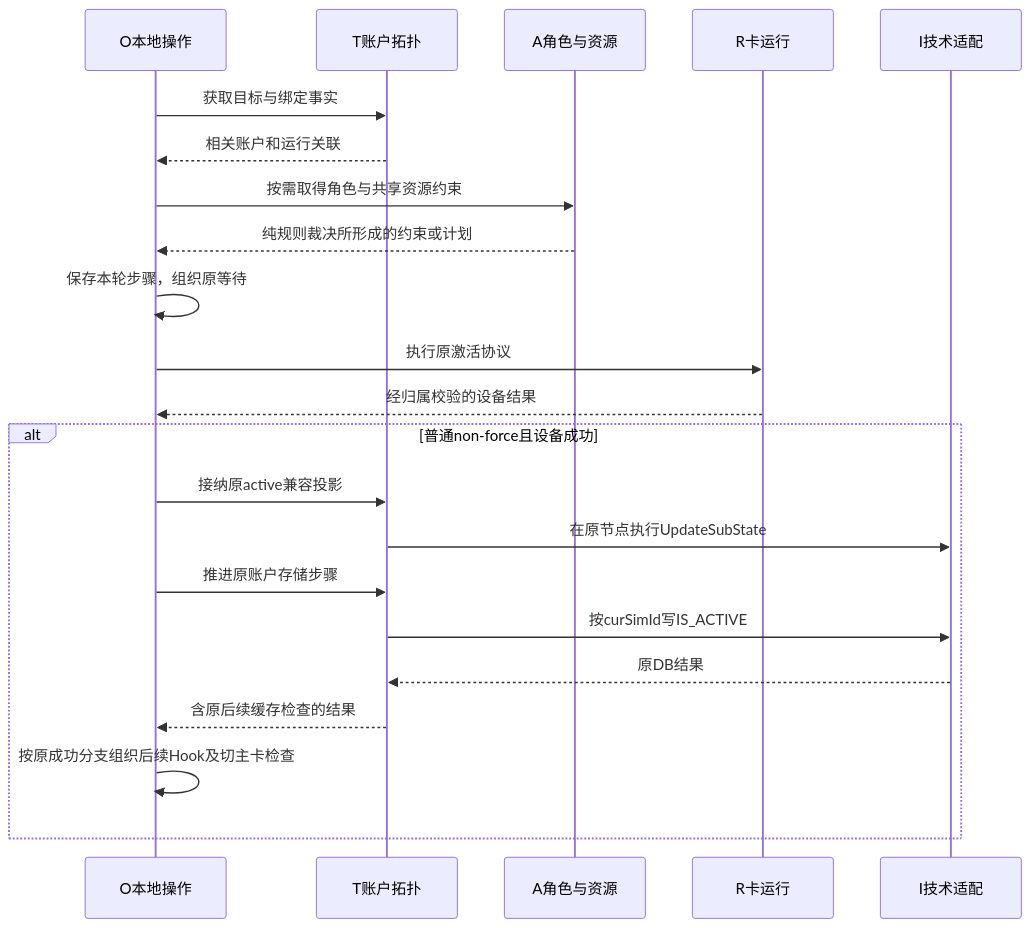
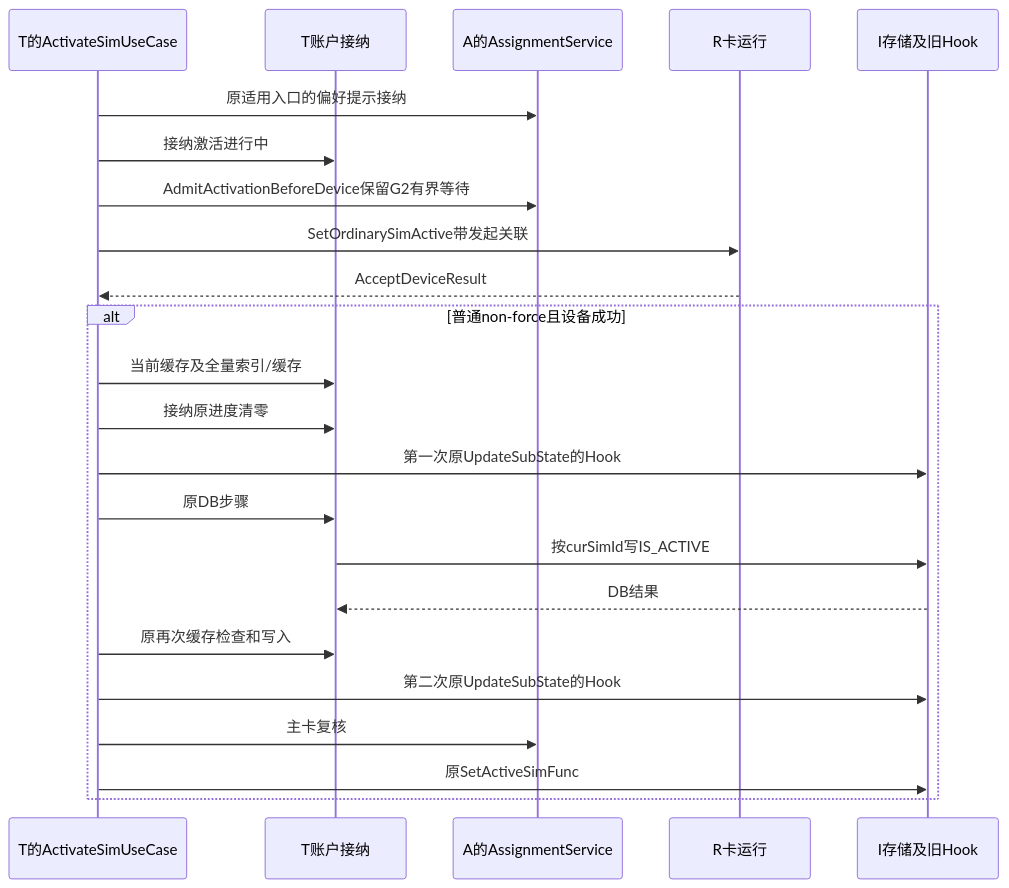
One commit to zjuluowu/multisim changed the ninth of 15 diagrams in telephony_core_service/docs/多SIM架构重构_设计说明与业务流程对照.md. Above: the diagram before and after it, drawn with Mermaid. The commit also changed other lines of this file and 53 other files, not shown here.

First line of the commit message:
feat(sim): add target architecture skeleton and detailed design

````diff
--- a/telephony_core_service/docs/多SIM架构重构_设计说明与业务流程对照.md
+++ b/telephony_core_service/docs/多SIM架构重构_设计说明与业务流程对照.md
@@ -610,24 +560,25 @@
 ```mermaid
 sequenceDiagram
-    participant O as O本地操作
-    participant T as T账户拓扑
-    participant A as A角色与资源
+    participant U as T的ActivateSimUseCase
+    participant T as T账户接纳
+    participant A as A的AssignmentService
     participant R as R卡运行
-    participant I as I技术适配
-    O->>T: 获取目标与绑定事实
-    T-->>O: 相关账户和运行关联
-    O->>A: 按需取得角色与共享资源约束
-    A-->>O: 纯规则裁决所形成的约束或计划
-    O->>O: 保存本轮步骤，组织原等待
-    O->>R: 执行原激活协议
-    R-->>O: 经归属校验的设备结果
+    participant I as I存储及旧Hook
+    U->>A: 原适用入口的偏好提示接纳
+    U->>T: 接纳激活进行中
+    U->>A: AdmitActivationBeforeDevice保留G2有界等待
+    U->>R: SetOrdinarySimActive带发起关联
+    R-->>U: AcceptDeviceResult
     alt 普通non-force且设备成功
-        O->>T: 接纳原active兼容投影
-        T->>I: 在原节点执行UpdateSubState
-        O->>T: 推进原账户存储步骤
+        U->>T: 当前缓存及全量索引/缓存
+        U->>T: 接纳原进度清零
+        U->>I: 第一次原UpdateSubState的Hook
+        U->>T: 原DB步骤
         T->>I: 按curSimId写IS_ACTIVE
-        I-->>T: 原DB结果
-        T-->>O: 含原后续缓存检查的结果
-        O->>O: 按原成功分支组织后续Hook及切主卡检查
+        I-->>T: DB结果
+        U->>T: 原再次缓存检查和写入
+        U->>I: 第二次原UpdateSubState的Hook
+        U->>A: 主卡复核
+        U->>I: 原SetActiveSimFunc
     end
 ```
````
